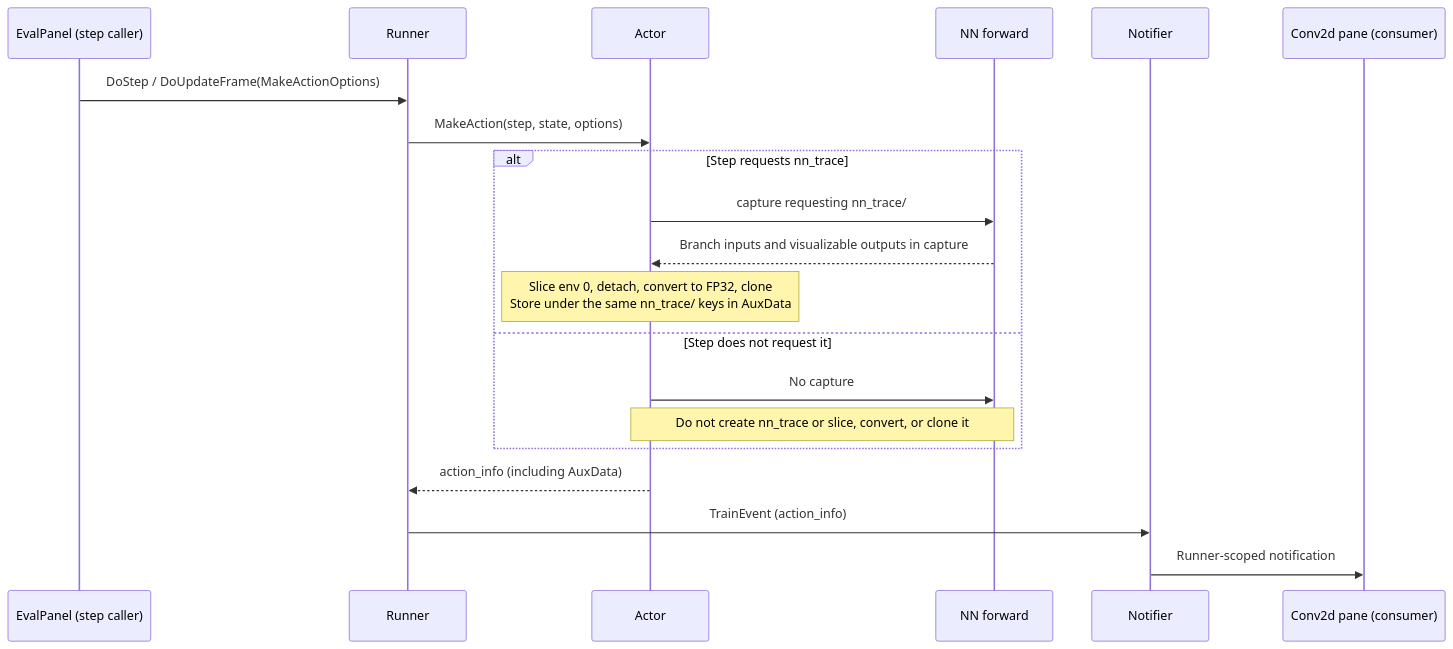
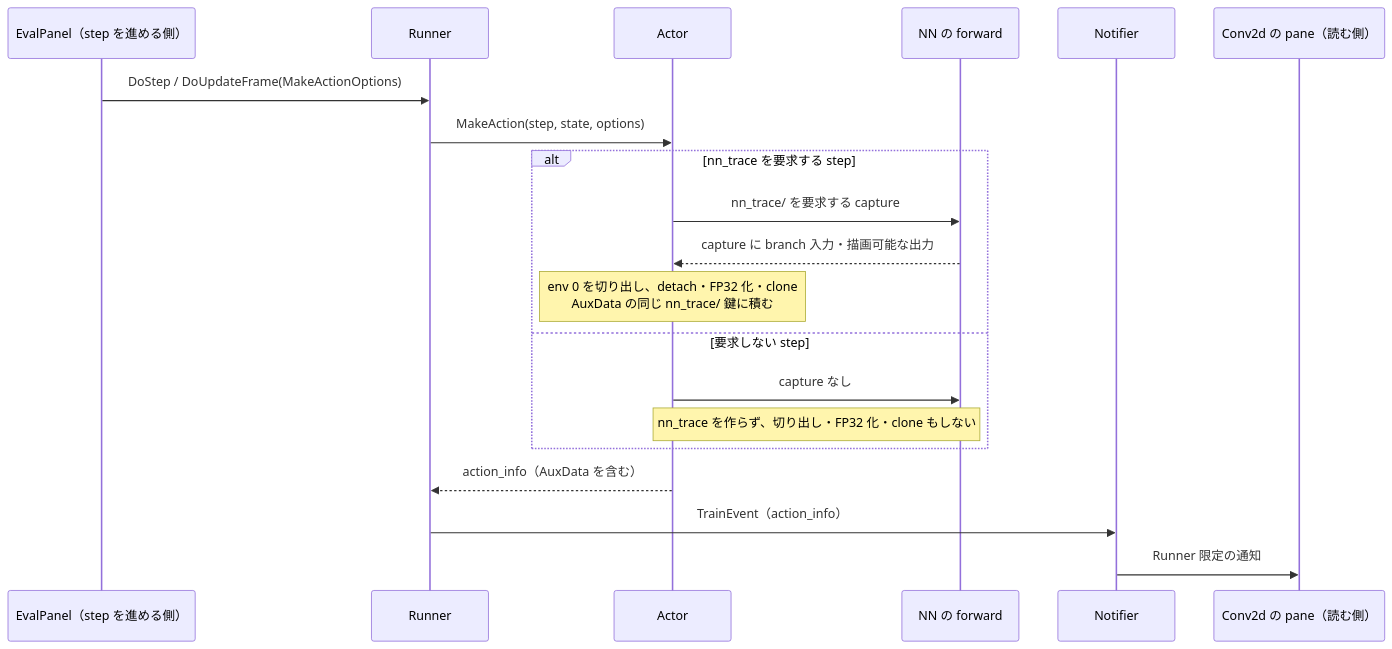
The fifth of 5 diagrams in docs/design/140_observability.en.md (kazukin123/anet-lab), drawn with Mermaid before and after one commit. The commit also changed other lines of this file and 34 other files, not shown here.

Commit message:
docs(build): ソース配置変更に設計文書英訳とArchify図を追随。 PRD182 2dd820 #6 #7

````diff
--- a/docs/design/140_observability.en.md
+++ b/docs/design/140_observability.en.md
@@ -217,22 +217,22 @@
 ```mermaid
 sequenceDiagram
-    participant E as EvalPanel (step caller)
+    participant E as EvalPanel（step を進める側）
     participant R as Runner
     participant A as Actor
-    participant N as NN forward
+    participant N as NN の forward
     participant T as Notifier
-    participant C as Conv2d pane (consumer)
+    participant C as Conv2d の pane（読む側）
     E->>R: DoStep / DoUpdateFrame(MakeActionOptions)
     R->>A: MakeAction(step, state, options)
-    alt Step requests nn_trace
-        A->>N: capture requesting nn_trace/
-        N-->>A: Branch inputs and visualizable outputs in capture
-        Note over A: Slice env 0, detach, convert to FP32, clone<br/>Store under the same nn_trace/ keys in AuxData
-    else Step does not request it
-        A->>N: No capture
-        Note over A,N: Do not create nn_trace or slice, convert, or clone it
+    alt nn_trace を要求する step
+        A->>N: nn_trace/ を要求する capture
+        N-->>A: capture に branch 入力・描画可能な出力
+        Note over A: env 0 を切り出し、detach・FP32 化・clone<br/>AuxData の同じ nn_trace/ 鍵に積む
+    else 要求しない step
+        A->>N: capture なし
+        Note over A,N: nn_trace を作らず、切り出し・FP32 化・clone もしない
     end
-    A-->>R: action_info (including AuxData)
-    R->>T: TrainEvent (action_info)
-    T->>C: Runner-scoped notification
+    A-->>R: action_info（AuxData を含む）
+    R->>T: TrainEvent（action_info）
+    T->>C: Runner 限定の通知
 ```
````
